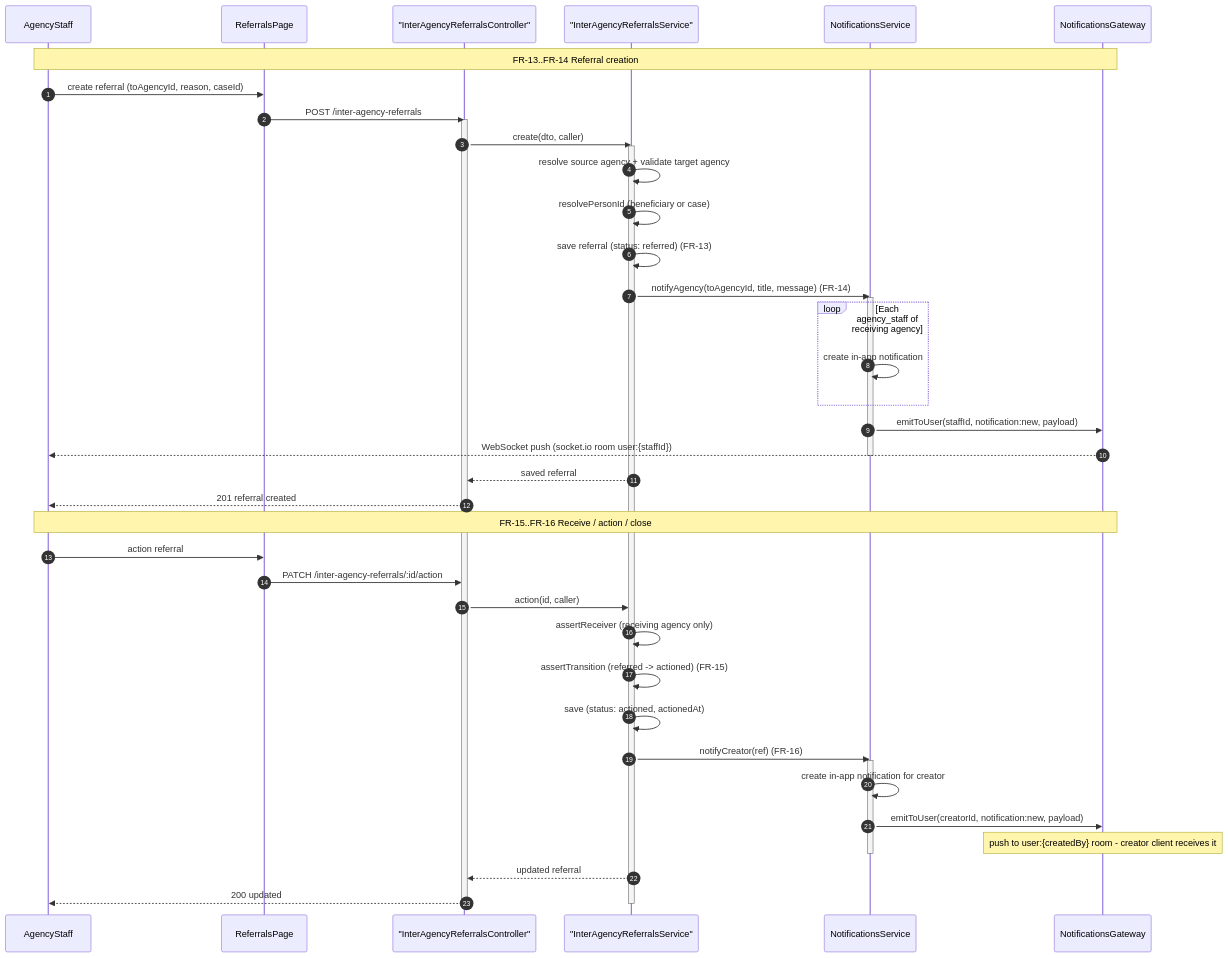
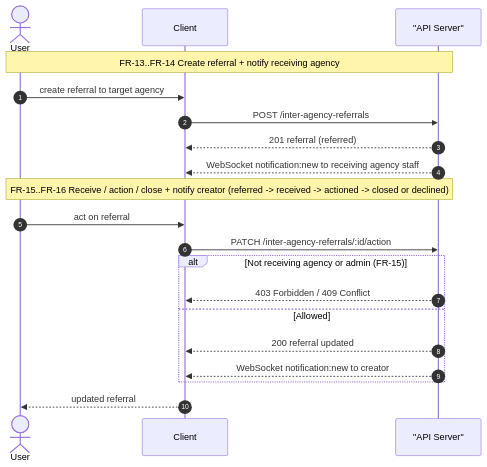
The fourth of 4 diagrams in docs/diagrams/03-sequence-diagram.md (urlsalimbot/THESIS1-KAPWA), drawn with Mermaid before and after one commit. The commit also changed other lines of this file and 6 other files, not shown here.

Commit message:
docs: add AWS deployment + role-matrix guides, refresh diagrams

````diff
--- a/docs/diagrams/03-sequence-diagram.md
+++ b/docs/diagrams/03-sequence-diagram.md
@@ -174,48 +113,24 @@
 ```mermaid
 sequenceDiagram
     autonumber
-    participant AgencyStaff
-    participant ReferralsPage
-    participant ReferralsController as "InterAgencyReferralsController"
-    participant ReferralsService as "InterAgencyReferralsService"
-    participant NotificationsService
-    participant NotificationsGateway
+    actor User
+    participant Client
+    participant Server as "API Server"
 
-    Note over AgencyStaff,NotificationsGateway: FR-13..FR-14 Referral creation
-    AgencyStaff->>ReferralsPage: create referral (toAgencyId, reason, caseId)
-    ReferralsPage->>ReferralsController: POST /inter-agency-referrals
-    activate ReferralsController
-    ReferralsController->>ReferralsService: create(dto, caller)
-    activate ReferralsService
-    ReferralsService->>ReferralsService: resolve source agency + validate target agency
-    ReferralsService->>ReferralsService: resolvePersonId (beneficiary or case)
-    ReferralsService->>ReferralsService: save referral (status: referred) (FR-13)
-    ReferralsService->>NotificationsService: notifyAgency(toAgencyId, title, message) (FR-14)
-    activate NotificationsService
-    loop Each agency_staff of receiving agency
-        NotificationsService->>NotificationsService: create in-app notification
+    Note over User,Server: FR-13..FR-14 Create referral + notify receiving agency
+    User->>Client: create referral to target agency
+    Client->>Server: POST /inter-agency-referrals
+    Server-->>Client: 201 referral (referred)
+    Server-->>Client: WebSocket notification:new to receiving agency staff
+
+    Note over User,Server: FR-15..FR-16 Receive / action / close + notify creator (referred -> received -> actioned -> closed or declined)
+    User->>Client: act on referral
+    Client->>Server: PATCH /inter-agency-referrals/:id/action
+    alt Not receiving agency or admin (FR-15)
+        Server-->>Client: 403 Forbidden / 409 Conflict
+    else Allowed
+        Server-->>Client: 200 referral updated
+        Server-->>Client: WebSocket notification:new to creator
     end
-    NotificationsService->>NotificationsGateway: emitToUser(staffId, notification:new, payload)
-    NotificationsGateway-->>AgencyStaff: WebSocket push (socket.io room user:{staffId})
-    deactivate NotificationsService
-    ReferralsService-->>ReferralsController: saved referral
-    ReferralsController-->>AgencyStaff: 201 referral created
-
-    Note over AgencyStaff,NotificationsGateway: FR-15..FR-16 Receive / action / close
-    AgencyStaff->>ReferralsPage: action referral
-    ReferralsPage->>ReferralsController: PATCH /inter-agency-referrals/:id/action
-    ReferralsController->>ReferralsService: action(id, caller)
-    ReferralsService->>ReferralsService: assertReceiver (receiving agency only)
-    ReferralsService->>ReferralsService: assertTransition (referred -> actioned) (FR-15)
-    ReferralsService->>ReferralsService: save (status: actioned, actionedAt)
-    ReferralsService->>NotificationsService: notifyCreator(ref) (FR-16)
-    activate NotificationsService
-    NotificationsService->>NotificationsService: create in-app notification for creator
-    NotificationsService->>NotificationsGateway: emitToUser(creatorId, notification:new, payload)
-    Note over NotificationsGateway: push to user:{createdBy} room - creator client receives it
-    deactivate NotificationsService
-    ReferralsService-->>ReferralsController: updated referral
-    ReferralsController-->>AgencyStaff: 200 updated
-    deactivate ReferralsService
-    deactivate ReferralsController
+    Client-->>User: updated referral
 ```
````
